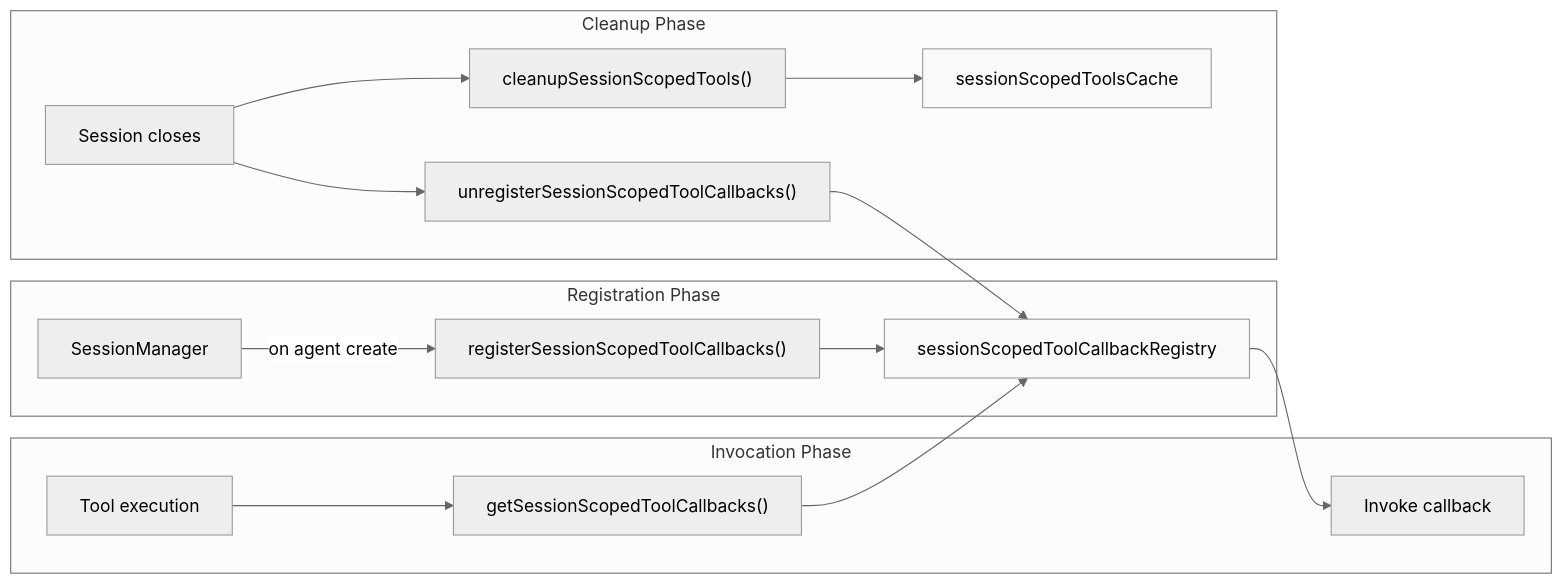
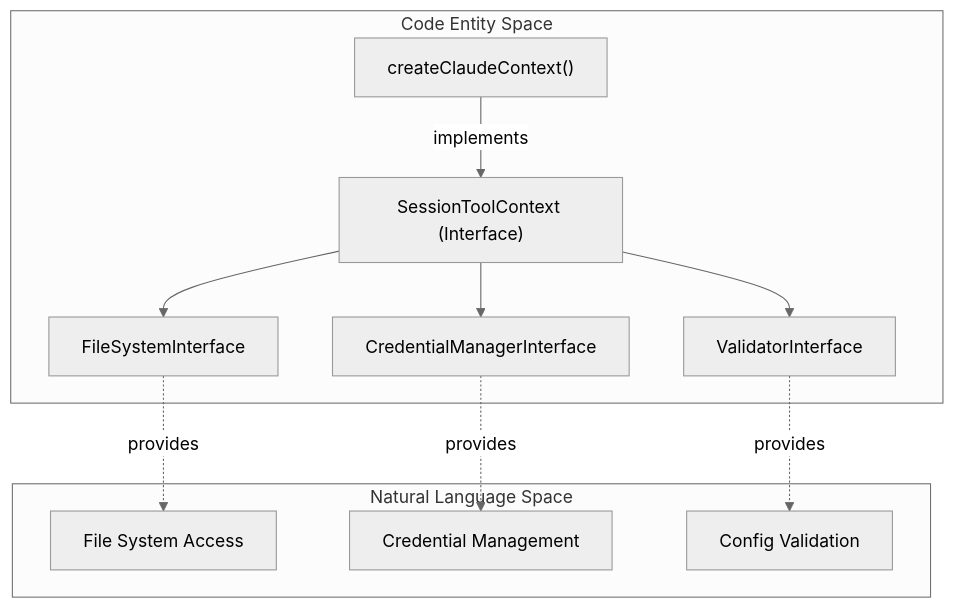
Before and after one commit to blackcater/zentree: the diagram in docs/lukilabs_craft-agents-oss/api-reference/session-scoped-tools.md, drawn with Mermaid (neutral theme). The commit also changed other lines of this file and 232 other files, not shown here.

````diff
--- a/docs/lukilabs_craft-agents-oss/api-reference/session-scoped-tools.md
+++ b/docs/lukilabs_craft-agents-oss/api-reference/session-scoped-tools.md
@@ -89,35 +47,25 @@
 ```mermaid
-graph LR
-    subgraph "Registration Phase"
-        SessionManager["SessionManager"]
-        Register["registerSessionScopedToolCallbacks()"]
-        Registry["sessionScopedToolCallbackRegistry"]
-
-        SessionManager -->|"on agent create"| Register
-        Register --> Registry
+graph TD
+    subgraph "Code Entity Space"
+        CTC["createClaudeContext()"]
+        STC["SessionToolContext (Interface)"]
+        FSI["FileSystemInterface"]
+        CMI["CredentialManagerInterface"]
+        VI["ValidatorInterface"]
     end
 
-    subgraph "Invocation Phase"
-        ToolExecution["Tool execution"]
-        GetCallbacks["getSessionScopedToolCallbacks()"]
-        InvokeCallback["Invoke callback"]
-
-        ToolExecution --> GetCallbacks
-        GetCallbacks --> Registry
-        Registry --> InvokeCallback
+    subgraph "Natural Language Space"
+        FS["File System Access"]
+        CRED["Credential Management"]
+        VAL["Config Validation"]
     end
 
-    subgraph "Cleanup Phase"
-        SessionClose["Session closes"]
-        Unregister["unregisterSessionScopedToolCallbacks()"]
-        CleanupTools["cleanupSessionScopedTools()"]
-
-        SessionClose --> Unregister
-        SessionClose --> CleanupTools
-        Unregister --> Registry
-        CleanupTools --> Cache["sessionScopedToolsCache"]
-    end
-
-    style Registry fill:#f9f9f9
-    style Cache fill:#f9f9f9
+    CTC -- "implements" --> STC
+    STC --> FSI
+    STC --> CMI
+    STC --> VI
+    
+    FSI -. "provides" .-> FS
+    CMI -. "provides" .-> CRED
+    VI -. "provides" .-> VAL
 ```
````
